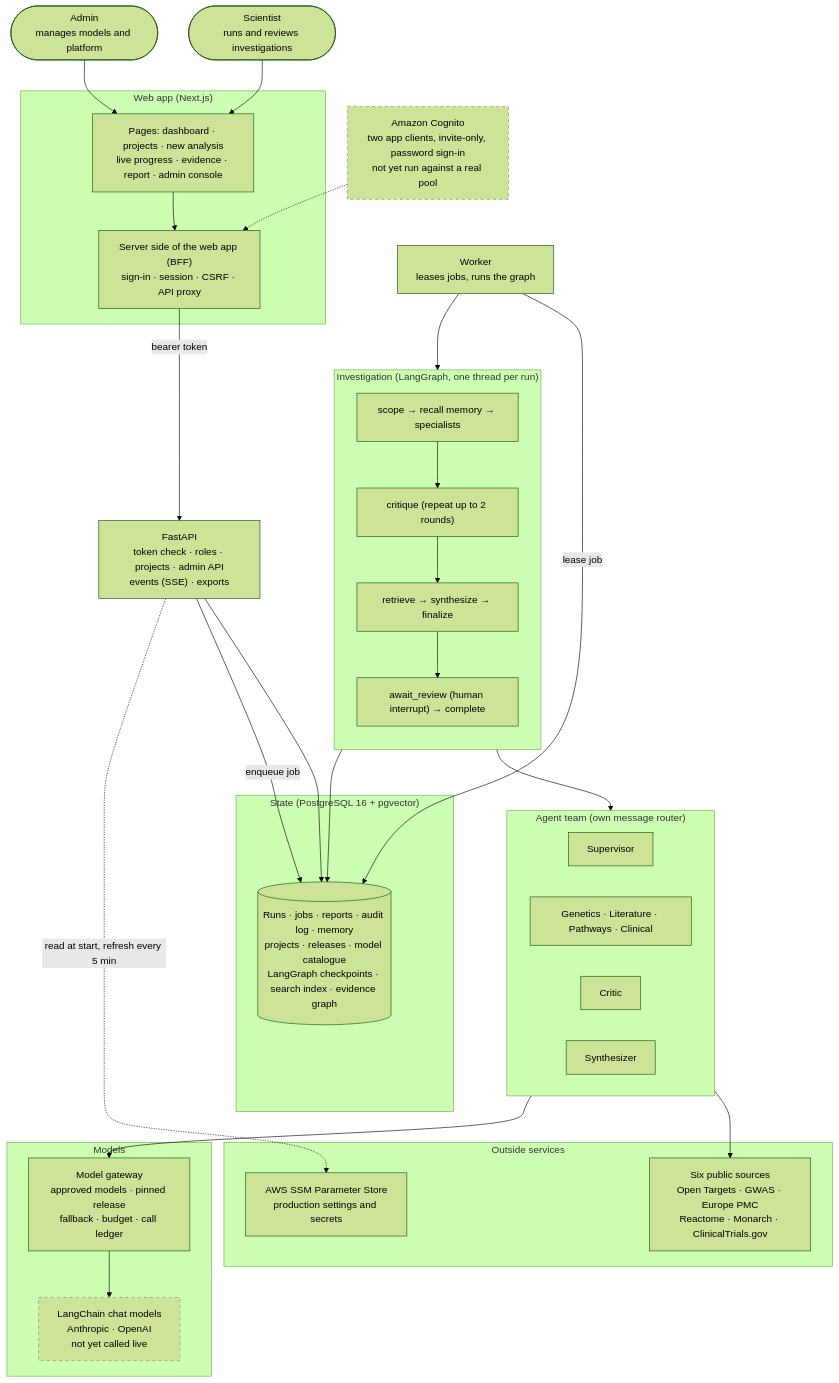
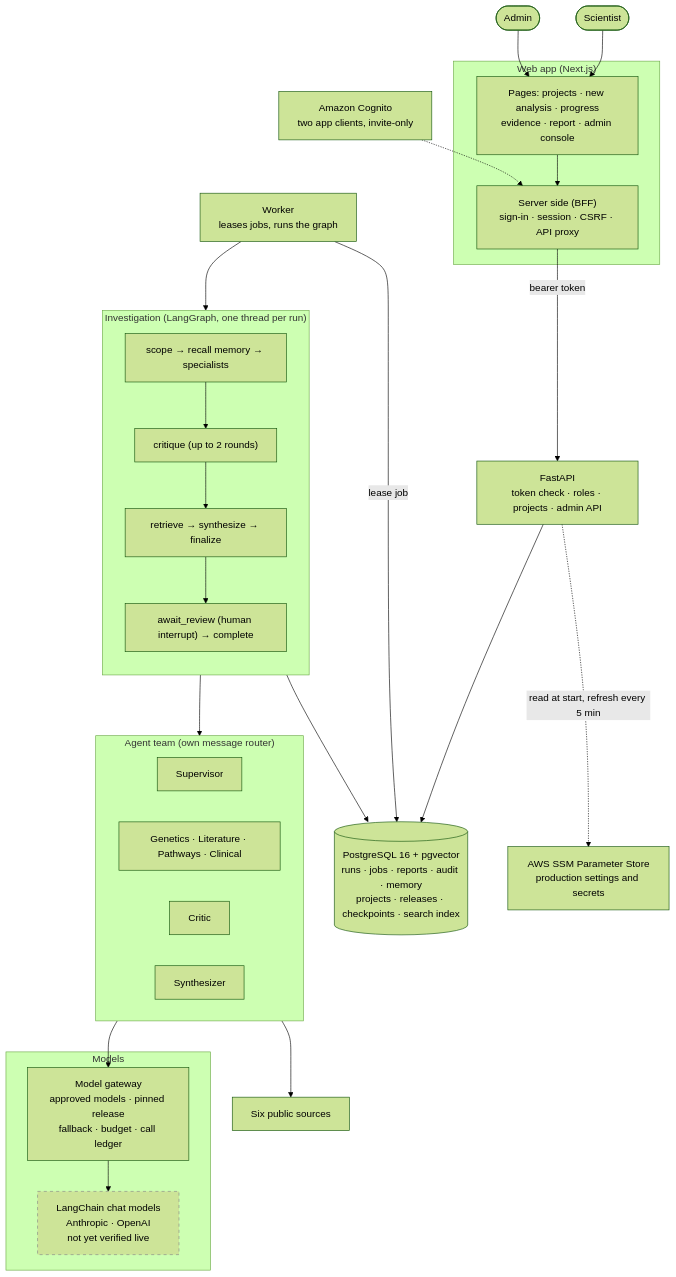
The diagram in README.md (Tevaalgorithms/BioNexus-AI), drawn with Mermaid (forest theme) before and after one commit. The commit also changed other lines of this file and 1 other file, not shown here.

Commit message:
README: shorter and current; move detailed sequences to docs/architecture.md; drop dead links

````diff
--- a/README.md
+++ b/README.md
@@ -74,57 +54,52 @@
 ```mermaid
 graph TB
-    SCI(["Scientist<br/>runs and reviews investigations"])
-    ADM(["Admin<br/>manages models and platform"])
+    SCI(["Scientist"])
+    ADM(["Admin"])
 
     subgraph CLIENTS["Web app (Next.js)"]
-        WEB["Pages: dashboard · projects · new analysis<br/>live progress · evidence · report · admin console"]
-        BFF["Server side of the web app (BFF)<br/>sign-in · session · CSRF · API proxy"]
+        WEB["Pages: projects · new analysis · progress<br/>evidence · report · admin console"]
+        BFF["Server side (BFF)<br/>sign-in · session · CSRF · API proxy"]
     end
 
-    COG["Amazon Cognito<br/>two app clients, invite-only, password sign-in<br/>not yet run against a real pool"]:::planned
-    API["FastAPI<br/>token check · roles · projects · admin API<br/>events (SSE) · exports"]
+    COG["Amazon Cognito<br/>two app clients, invite-only"]
+    API["FastAPI<br/>token check · roles · projects · admin API"]
     WORKER["Worker<br/>leases jobs, runs the graph"]
 
     subgraph FLOW["Investigation (LangGraph, one thread per run)"]
         direction TB
-        G1["scope → recall memory → specialists"] --> G2["critique (repeat up to 2 rounds)"] --> G3["retrieve → synthesize → finalize"] --> G4["await_review (human interrupt) → complete"]
+        G1["scope → recall memory → specialists"] --> G2["critique (up to 2 rounds)"] --> G3["retrieve → synthesize → finalize"] --> G4["await_review (human interrupt) → complete"]
     end
 
     subgraph AGENTS["Agent team (own message router)"]
         SUP["Supervisor"]
         SPEC["Genetics · Literature · Pathways · Clinical"]
         CRIT["Critic"]
         SYN["Synthesizer"]
     end
 
-    subgraph STATE["State (PostgreSQL 16 + pgvector)"]
-        SQL[("Runs · jobs · reports · audit log · memory<br/>projects · releases · model catalogue<br/>LangGraph checkpoints · search index · evidence graph")]
-    end
+    SQL[("PostgreSQL 16 + pgvector<br/>runs · jobs · reports · audit · memory<br/>projects · releases · checkpoints · search index")]
 
     subgraph MODELS["Models"]
         GW["Model gateway<br/>approved models · pinned release<br/>fallback · budget · call ledger"]
-        LC["LangChain chat models<br/>Anthropic · OpenAI<br/>not yet called live"]:::planned
+        LC["LangChain chat models<br/>Anthropic · OpenAI<br/>not yet verified live"]:::planned
     end
 
-    subgraph EXT["Outside services"]
-        SRC["Six public sources<br/>Open Targets · GWAS · Europe PMC<br/>Reactome · Monarch · ClinicalTrials.gov"]
-        SSM["AWS SSM Parameter Store<br/>production settings and secrets"]
-    end
+    SRC["Six public sources"]
+    SSM["AWS SSM Parameter Store<br/>production settings and secrets"]
 
     SCI --> WEB
     ADM --> WEB
     WEB --> BFF
     BFF -- "bearer token" --> API
     COG -.-> BFF
     API --> SQL
-    API -- "enqueue job" --> SQL
     WORKER -- "lease job" --> SQL
     WORKER --> FLOW
     FLOW --> AGENTS
     AGENTS --> SRC
     AGENTS --> GW
     GW --> LC
     FLOW --> SQL
     API -. "read at start, refresh every 5 min" .-> SSM
     classDef planned stroke-dasharray: 5 5,stroke:#888
 ```
````
